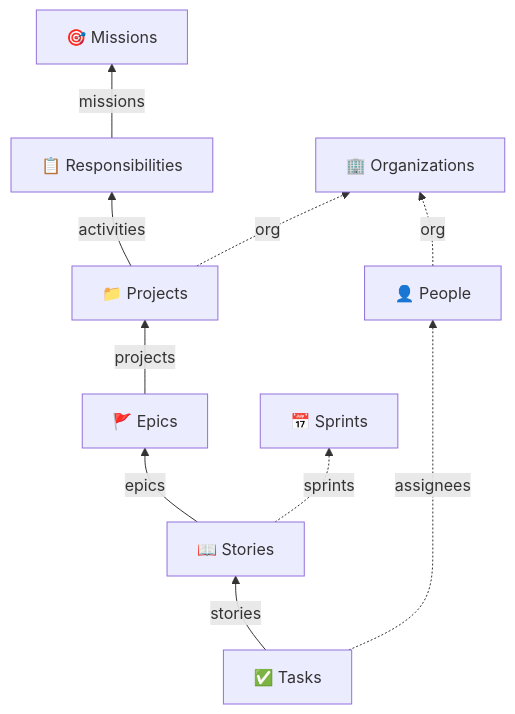
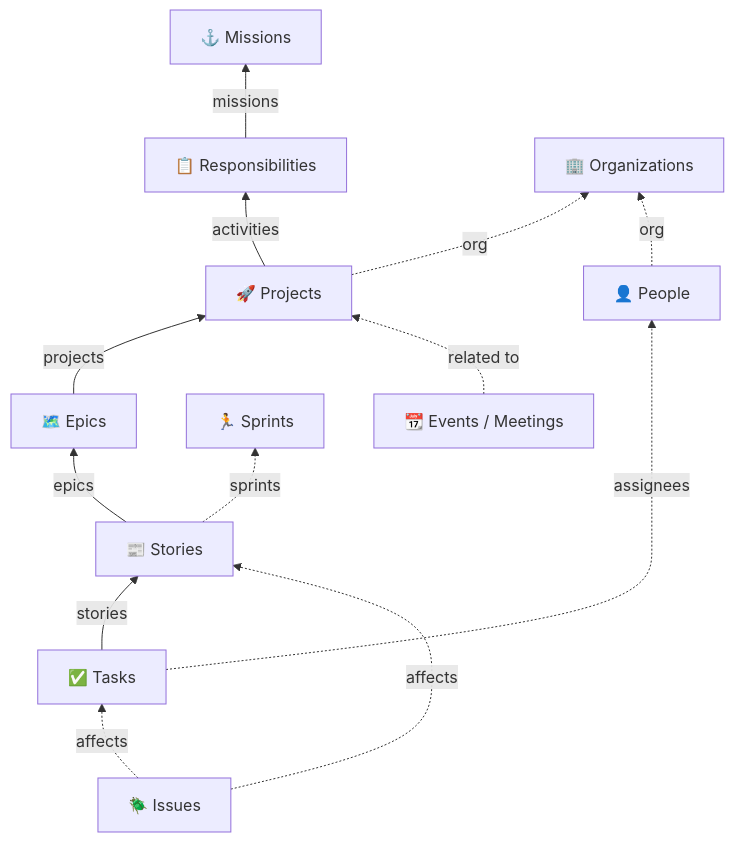
One commit to cmcaruso/MyLab changed the diagram in README.md. Above: the diagram before and after it, drawn with Mermaid. The commit also changed other lines of this file, not shown here.

````diff
--- a/README.md
+++ b/README.md
@@ -33,13 +36,16 @@
 ```mermaid
 flowchart BT
-  T["✅ Tasks"] -->|stories| S["📖 Stories"]
-  S -->|epics| E["🚩 Epics"]
-  E -->|projects| P["📁 Projects"]
+  T["✅ Tasks"] -->|stories| S["📰 Stories"]
+  S -->|epics| E["🗺️ Epics"]
+  E -->|projects| P["🚀 Projects"]
   P -->|activities| R["📋 Responsibilities"]
-  R -->|missions| M["🎯 Missions"]
+  R -->|missions| M["⚓️ Missions"]
 
-  S -.->|sprints| SP["📅 Sprints"]
+  I["🪲 Issues"] -.->|affects| T
+  I -.->|affects| S
+  S -.->|sprints| SP["🏃 Sprints"]
   T -.->|assignees| PE["👤 People"]
   P -.->|org| O["🏢 Organizations"]
   PE -.->|org| O
+  EV["📆 Events / Meetings"] -.->|related to| P
 ```
````
